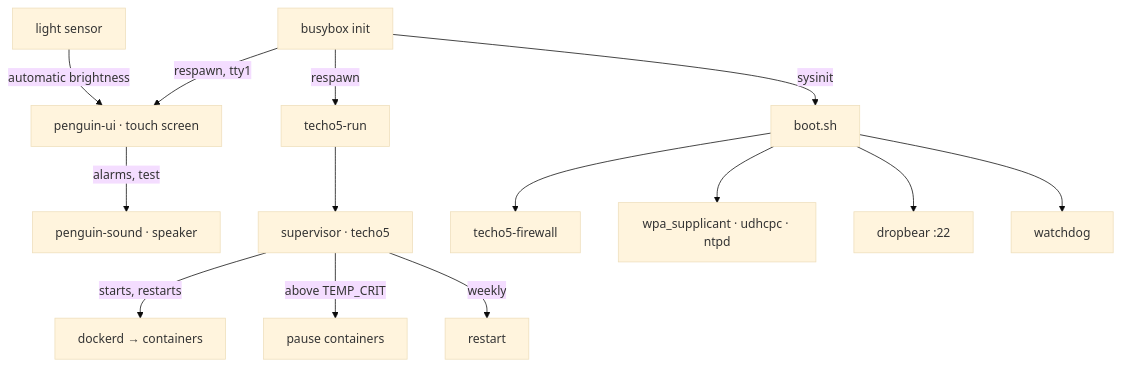
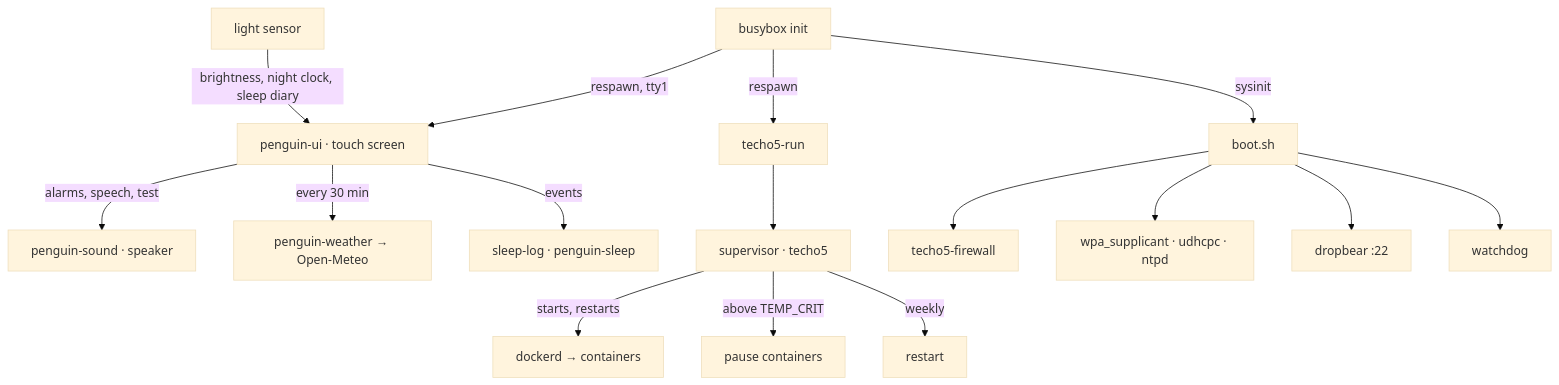
One commit to matheusinfo/echo-penguin changed the fifth of 5 diagrams in README.md. Above: the diagram before and after it, drawn with Mermaid (base theme). The commit also changed other lines of this file and 9 other files, not shown here.

````diff
--- a/README.md
+++ b/README.md
@@ -424,16 +505,18 @@
 ```mermaid
 flowchart TB
     INITD[busybox init] -->|sysinit| BOOT[boot.sh]
     INITD -->|respawn| RUN[techo5-run]
     INITD -->|respawn, tty1| UI[penguin-ui · touch screen]
-    UI -->|alarms, test| SND[penguin-sound · speaker]
-    ALS[light sensor] -->|automatic brightness| UI
+    UI -->|alarms, speech, test| SND[penguin-sound · speaker]
+    UI -->|every 30 min| WX[penguin-weather → Open-Meteo]
+    UI -->|events| SLP[sleep-log · penguin-sleep]
+    ALS[light sensor] -->|brightness, night clock, sleep diary| UI
     RUN --> SUP[supervisor · techo5]
     SUP -->|starts, restarts| DD[dockerd → containers]
     SUP -->|above TEMP_CRIT| PAUSE[pause containers]
     SUP -->|weekly| RB[restart]
     BOOT --> FW[techo5-firewall]
     BOOT --> NET[wpa_supplicant · udhcpc · ntpd]
     BOOT --> SSH[dropbear :22]
     BOOT --> WD[watchdog]
 ```
````
